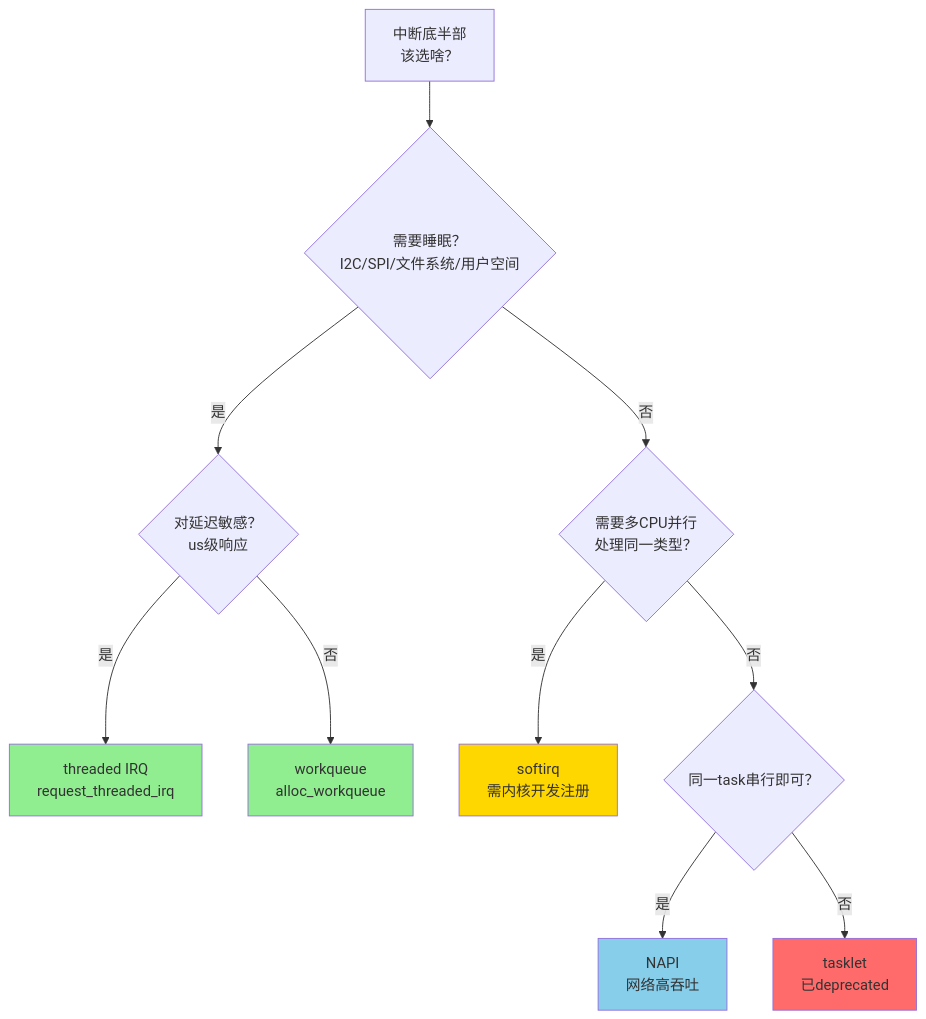
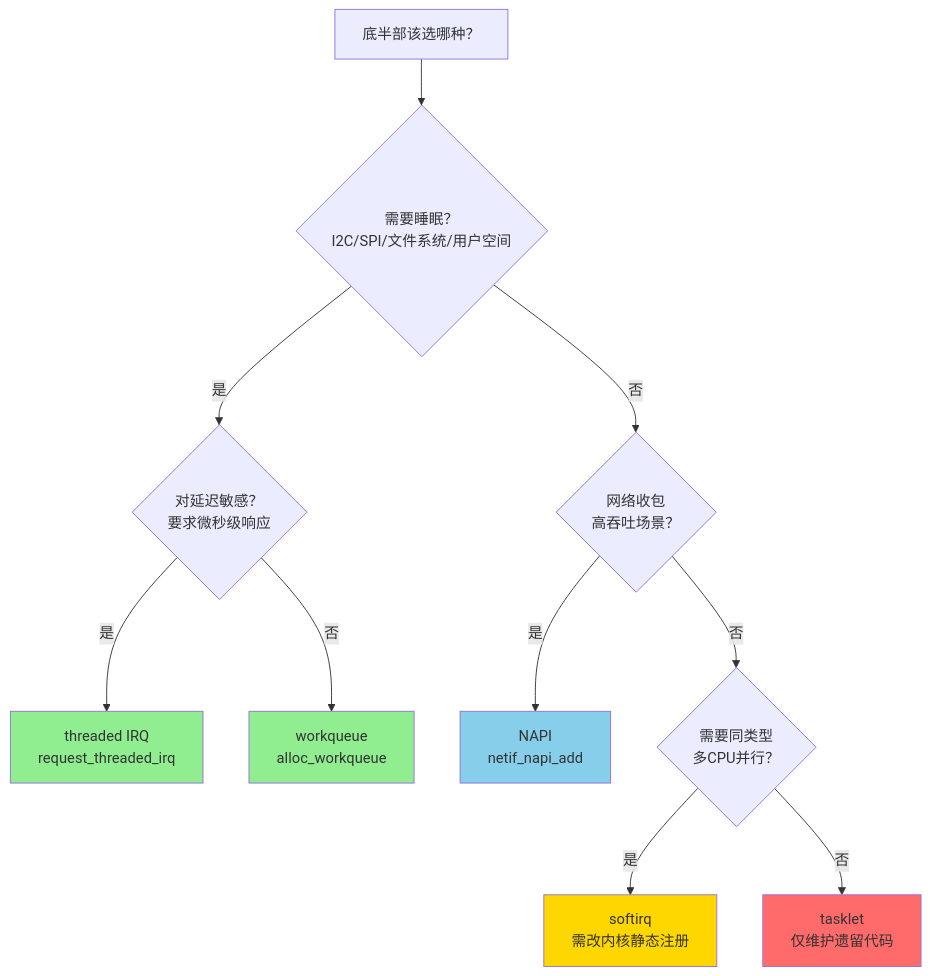
The diagram in docs/02-核心机制深度解析/第10章 中断与时间/10.3.6_底半部选择决策树.md (xiaohong0925/Embedded_Knowledge_System_V2026), drawn with Mermaid before and after one commit. The commit also changed other lines of this file and 65 other files, not shown here.

````diff
--- a/docs/02-核心机制深度解析/第10章 中断与时间/10.3.6_底半部选择决策树.md
+++ b/docs/02-核心机制深度解析/第10章 中断与时间/10.3.6_底半部选择决策树.md
@@ -18,17 +16,17 @@
 ```mermaid
 flowchart TD
-    A[中断底半部<br>该选啥？] --> B{需要睡眠？<br>I2C/SPI/文件系统/用户空间}
-    B -->|是| C{对延迟敏感？<br>us级响应}
-    B -->|否| D{需要多CPU并行<br>处理同一类型？}
+    A[底半部该选哪种？] --> B{需要睡眠？<br>I2C/SPI/文件系统/用户空间}
+    B -->|是| C{对延迟敏感？<br>要求微秒级响应}
+    B -->|否| D{网络收包<br>高吞吐场景？}
     C -->|是| E[threaded IRQ<br>request_threaded_irq]
     C -->|否| F[workqueue<br>alloc_workqueue]
-    D -->|是| G[softirq<br>需内核开发注册]
-    D -->|否| H{同一task串行即可？}
-    H -->|是| I[NAPI<br>网络高吞吐]
-    H -->|否| J[tasklet<br>已deprecated]
+    D -->|是| G[NAPI<br>netif_napi_add]
+    D -->|否| H{需要同类型<br>多CPU并行？}
+    H -->|是| I[softirq<br>需改内核静态注册]
+    H -->|否| J[tasklet<br>仅维护遗留代码]
     style E fill:#90EE90
     style F fill:#90EE90
-    style G fill:#FFD700
-    style I fill:#87CEEB
+    style G fill:#87CEEB
+    style I fill:#FFD700
     style J fill:#FF6B6B
 ```
````
